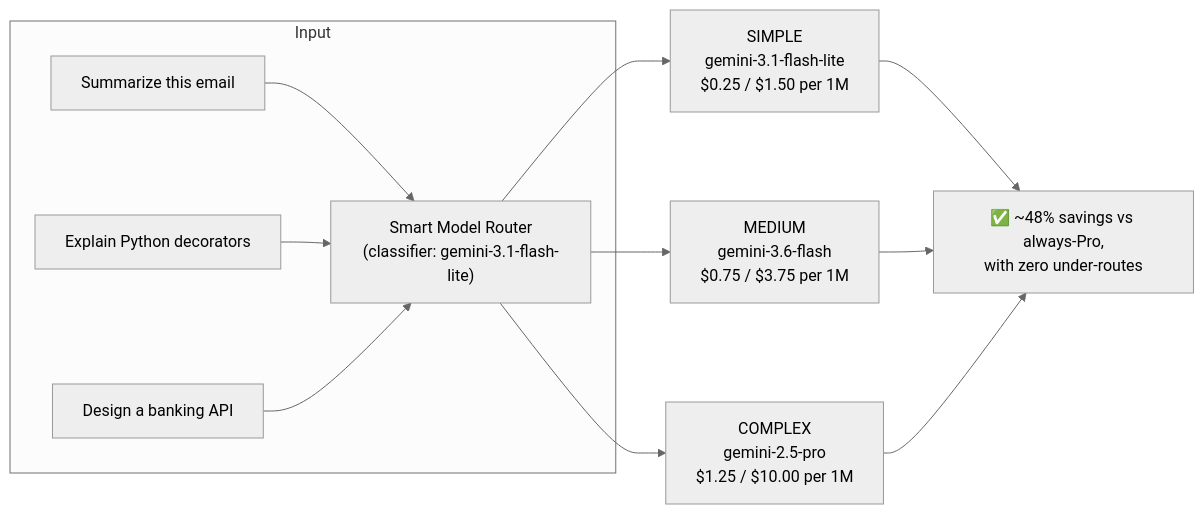
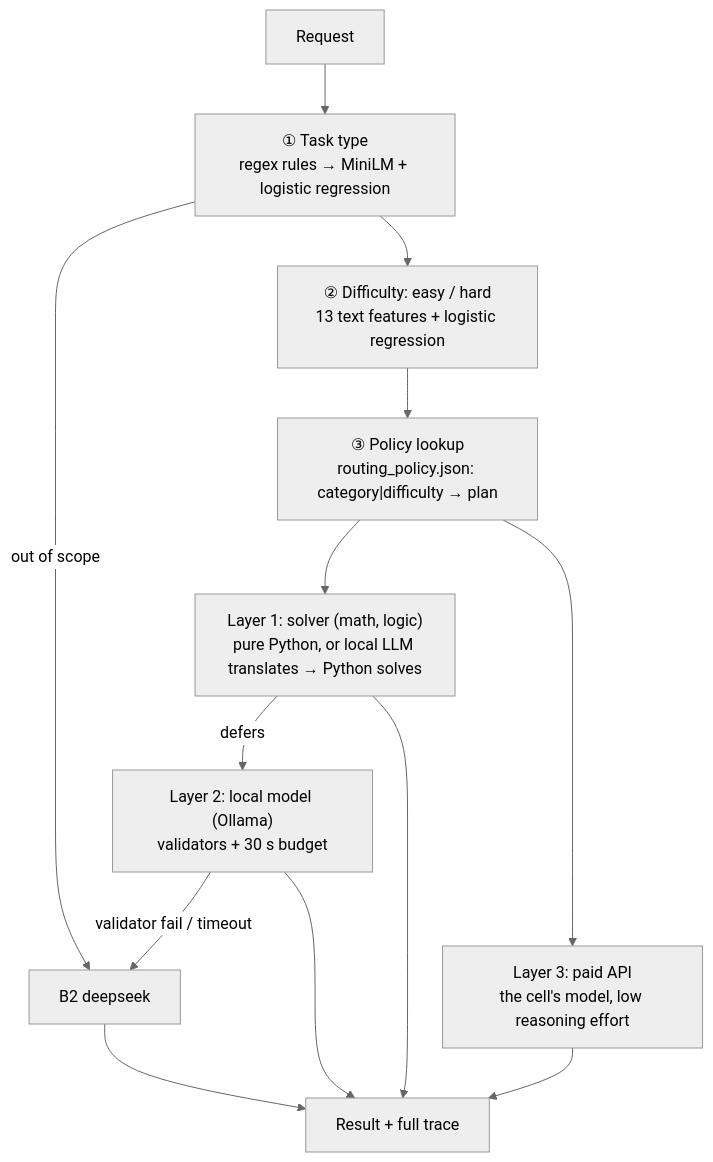
One commit to kabir-bhatia/LLM_router changed the diagram in README.md. Above: the diagram before and after it, drawn with Mermaid (neutral theme). The commit also changed other lines of this file and 266 other files, not shown here.

First line of the commit message:
Hybrid LLM router v2: benchmark-driven routing with a held-out evaluation

````diff
--- a/README.md
+++ b/README.md
@@ -44,16 +32,15 @@
 ```mermaid
-flowchart LR
-    subgraph Input
-        A["Summarize this email"] --> R
-        B["Explain Python decorators"] --> R
-        C["Design a banking API"] --> R
-    end
-
-    R["Smart Model Router<br/>(classifier: gemini-3.1-flash-lite)"] --> D["SIMPLE<br/>gemini-3.1-flash-lite<br/>$0.25 / $1.50 per 1M"]
-    R --> E["MEDIUM<br/>gemini-3.6-flash<br/>$0.75 / $3.75 per 1M"]
-    R --> F["COMPLEX<br/>gemini-2.5-pro<br/>$1.25 / $10.00 per 1M"]
-
-    D --> S["✅ ~48% savings vs always-Pro,<br/>with zero under-routes"]
-    E --> S
-    F --> S
+flowchart TD
+    A[Request] --> B["① Task type<br/>regex rules → MiniLM + logistic regression"]
+    B -- out of scope --> Z[B2 deepseek]
+    B --> C["② Difficulty: easy / hard<br/>13 text features + logistic regression"]
+    C --> D["③ Policy lookup<br/>routing_policy.json: category|difficulty → plan"]
+    D --> E["Layer 1: solver (math, logic)<br/>pure Python, or local LLM translates → Python solves"]
+    E -- defers --> F["Layer 2: local model (Ollama)<br/>validators + 30 s budget"]
+    F -- validator fail / timeout --> Z
+    D --> G["Layer 3: paid API<br/>the cell's model, low reasoning effort"]
+    E --> R[Result + full trace]
+    F --> R
+    G --> R
+    Z --> R
 ```
````
